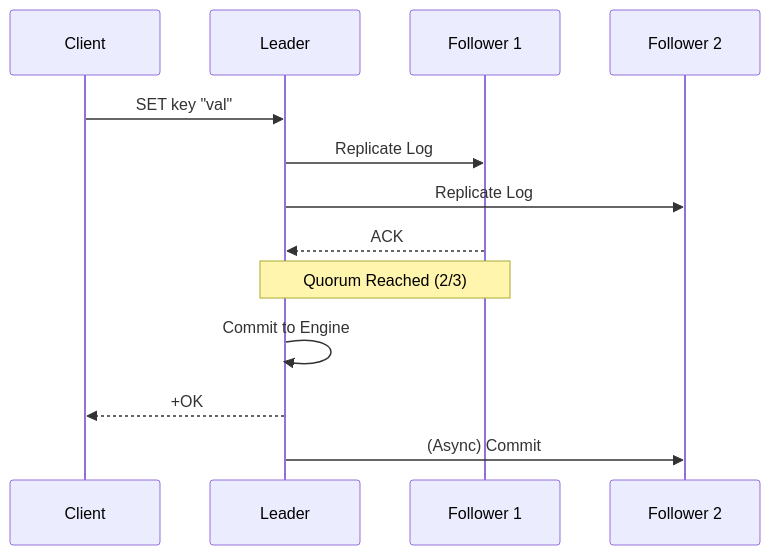
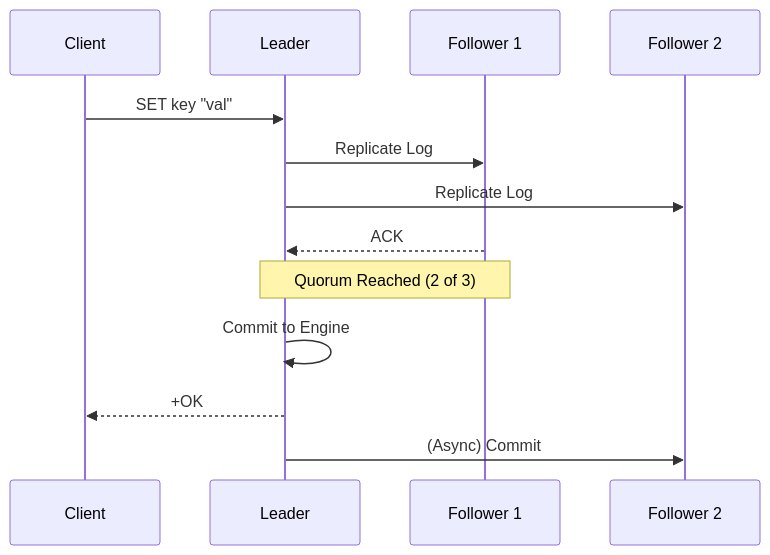
Before and after one commit to flyme2mars/carrotdb: the second of 5 diagrams in ARCHITECTURE.md, drawn with Mermaid. The commit also changed other lines of this file, not shown here.

Commit message:
docs: fix Mermaid diagram syntax for rich display rendering

````diff
--- a/ARCHITECTURE.md
+++ b/ARCHITECTURE.md
@@ -38,16 +38,16 @@
 ```mermaid
 sequenceDiagram
     participant C as Client
     participant L as Leader
     participant F1 as Follower 1
     participant F2 as Follower 2
 
     C->>L: SET key "val"
     L->>F1: Replicate Log
     L->>F2: Replicate Log
     F1-->>L: ACK
-    Note over L,F1: Quorum Reached (2/3)
+    Note over L,F1: Quorum Reached (2 of 3)
     L->>L: Commit to Engine
     L-->>C: +OK
     L->>F2: (Async) Commit
 ```
````
